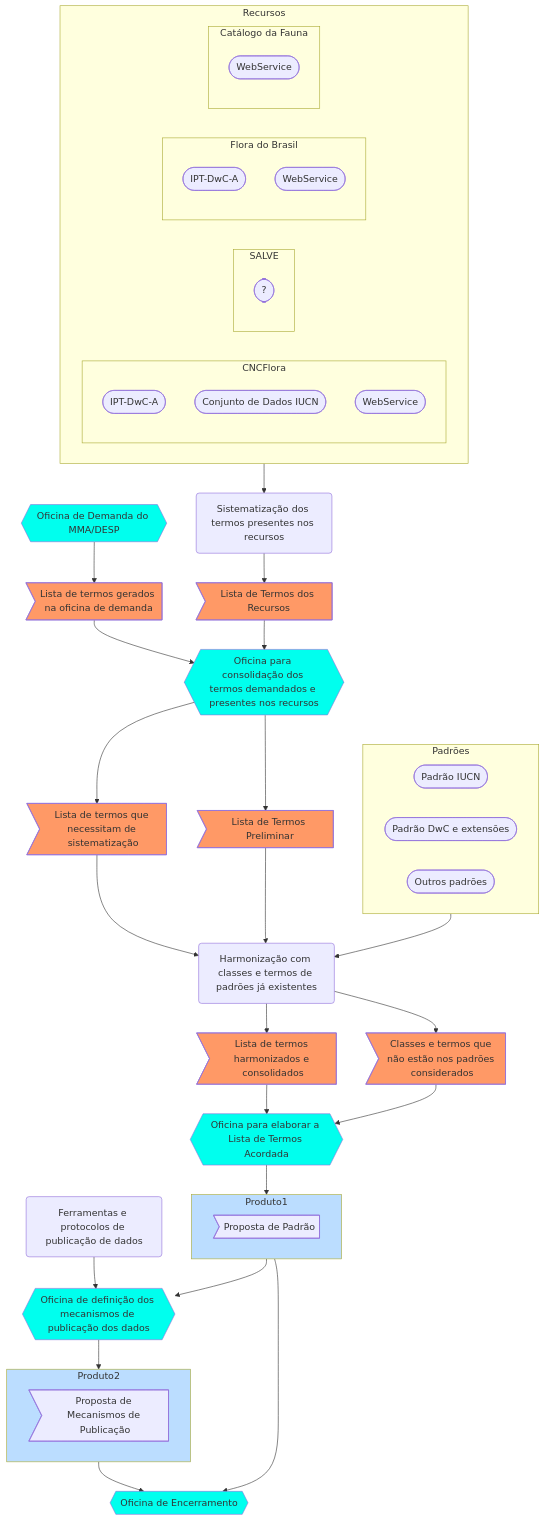
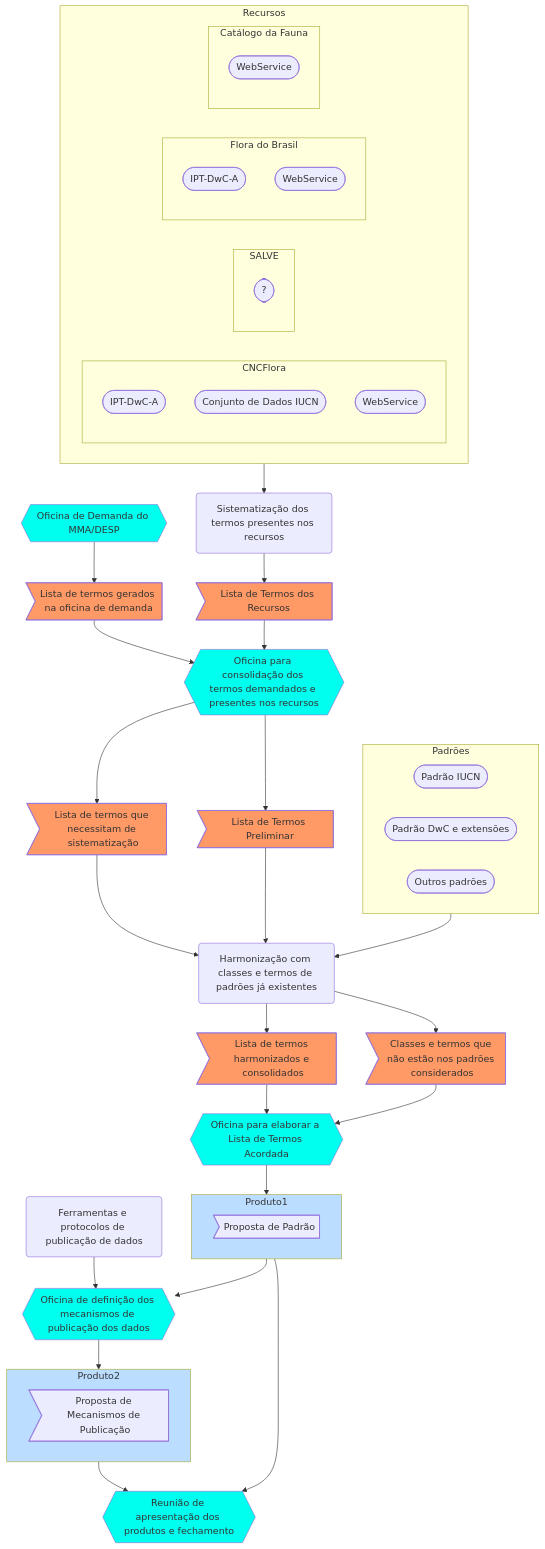
Before and after one commit to jlanna/MMA-Ameacadas: the diagram in plano-de-trabalho/fluxograma.md, drawn with Mermaid. The commit also changed other lines of this file and 1 other file, not shown here.

````diff
--- a/plano-de-trabalho/fluxograma.md
+++ b/plano-de-trabalho/fluxograma.md
@@ -105,6 +105,6 @@
         14>Proposta de Mecanismos de Publicação]
     end
     12 --> Produto2
-    Produto1 --> 18{{Oficina de Encerramento}}
-    Produto2 --> 18{{Oficina de Encerramento}}
+    Produto1 --> 18{{Reunião de apresentação dos produtos e fechamento}}
+    Produto2 --> 18
 ```
````
